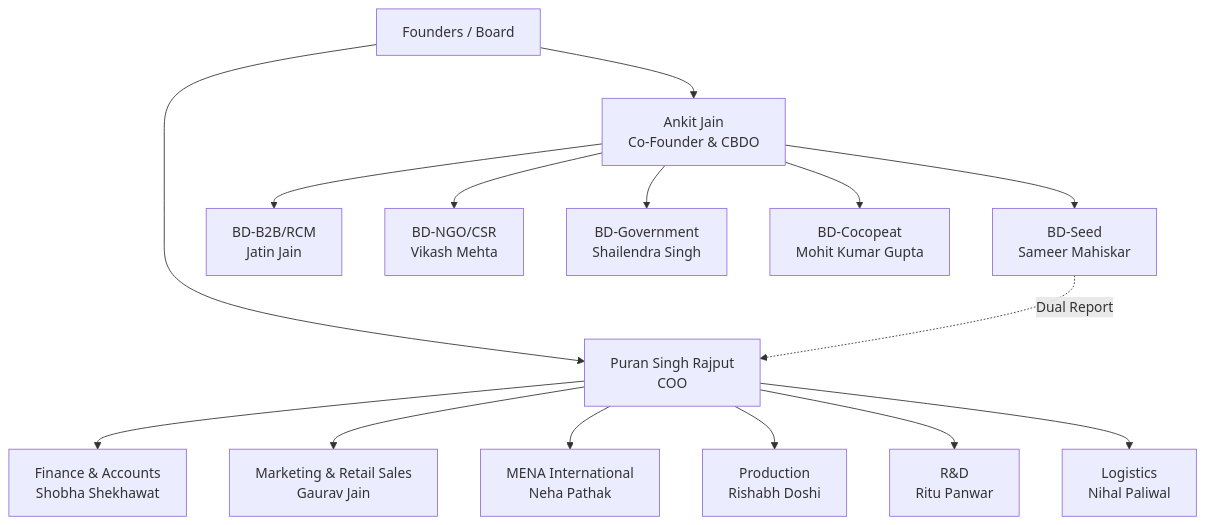
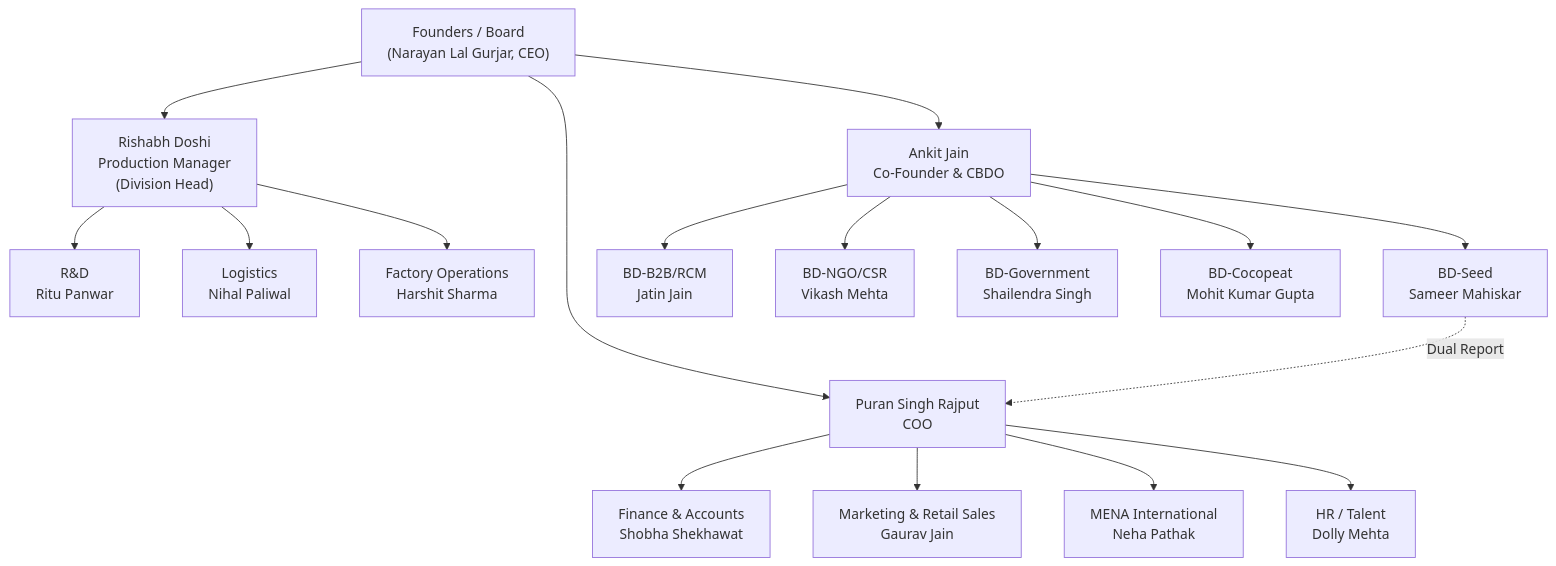
One commit to efpolymers/efp-audits changed the first of 2 diagrams in individual-analysis/overall-analysis.md. Above: the diagram before and after it, drawn with Mermaid. The commit also changed other lines of this file and 21 other files, not shown here.

````diff
--- a/individual-analysis/overall-analysis.md
+++ b/individual-analysis/overall-analysis.md
@@ -126,24 +126,28 @@
 ```mermaid
 graph TD
-    CEO["Founders / Board"]
+    CEO["Founders / Board<br/>(Narayan Lal Gurjar, CEO)"]
     COO["Puran Singh Rajput<br/>COO"]
     CBDO["Ankit Jain<br/>Co-Founder & CBDO"]
+    PROD["Rishabh Doshi<br/>Production Manager<br/>(Division Head)"]
 
     CEO --> COO
     CEO --> CBDO
+    CEO --> PROD
+
+    PROD --> RD["R&D<br/>Ritu Panwar"]
+    PROD --> LOG["Logistics<br/>Nihal Paliwal"]
+    PROD --> FACTORY["Factory Operations<br/>Harshit Sharma"]
 
     COO --> FIN["Finance & Accounts<br/>Shobha Shekhawat"]
     COO --> MKT["Marketing & Retail Sales<br/>Gaurav Jain"]
     COO --> MENA["MENA International<br/>Neha Pathak"]
-    COO --> PROD["Production<br/>Rishabh Doshi"]
-    COO --> RD["R&D<br/>Ritu Panwar"]
-    COO --> LOG["Logistics<br/>Nihal Paliwal"]
+    COO --> HR["HR / Talent<br/>Dolly Mehta"]
 
     CBDO --> SEED["BD-Seed<br/>Sameer Mahiskar"]
     CBDO --> B2B["BD-B2B/RCM<br/>Jatin Jain"]
     CBDO --> NGO["BD-NGO/CSR<br/>Vikash Mehta"]
     CBDO --> GOV["BD-Government<br/>Shailendra Singh"]
     CBDO --> COCO["BD-Cocopeat<br/>Mohit Kumar Gupta"]
 
     SEED -.->|Dual Report| COO
 ```
````
